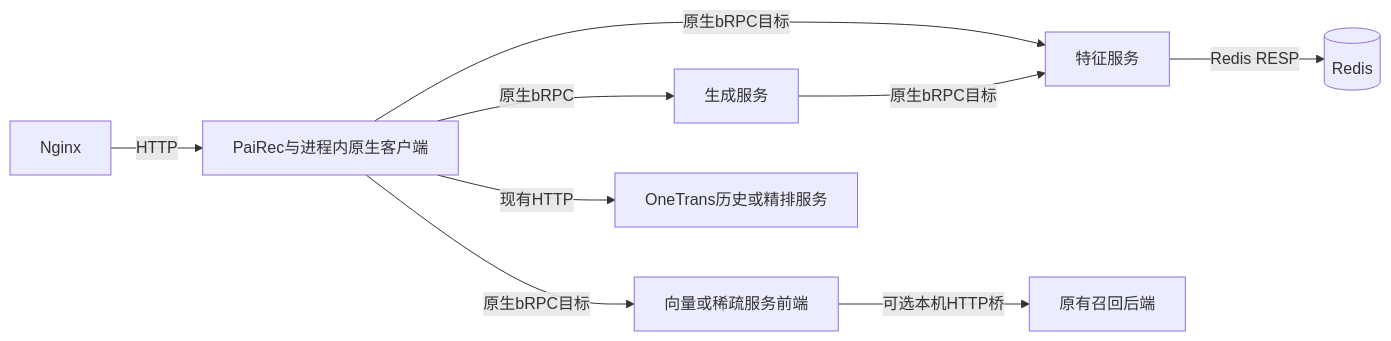
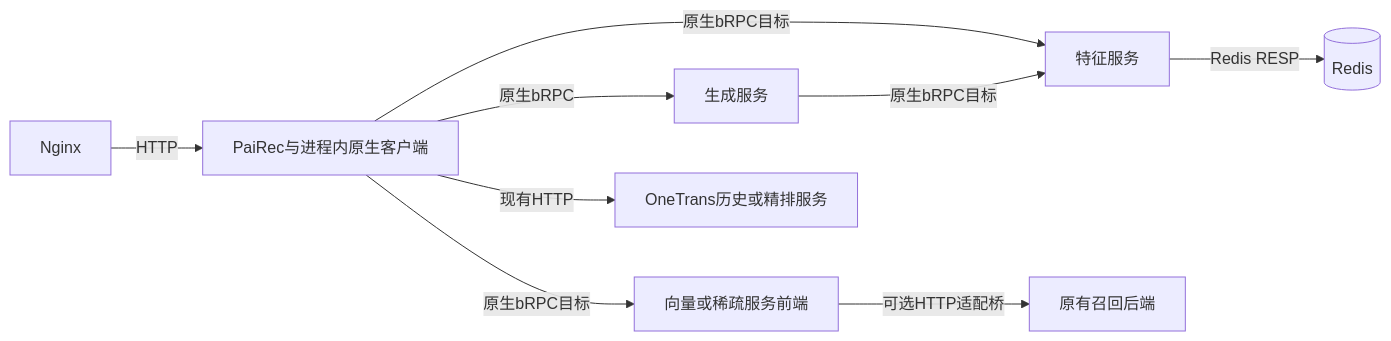
The fourth of 5 diagrams in 06_rpc.md (bitianyuan123/docs), drawn with Mermaid before and after one commit. The commit also changed other lines of this file and 85 other files, not shown here.

````diff
--- a/06_rpc.md
+++ b/06_rpc.md
@@ -115,11 +115,11 @@
 ```mermaid
 flowchart LR
     N[Nginx] -->|HTTP| P[PaiRec与进程内原生客户端]
     P -->|原生bRPC目标| F[特征服务]
     F -->|Redis RESP| R[(Redis)]
     P -->|原生bRPC目标| V[向量或稀疏服务前端]
-    V -->|可选本机HTTP桥| B[原有召回后端]
+    V -->|可选HTTP适配桥| B[原有召回后端]
     P -->|原生bRPC| G[生成服务]
     G -->|原生bRPC目标| F
     P -->|现有HTTP| O[OneTrans历史或精排服务]
 ```
````
